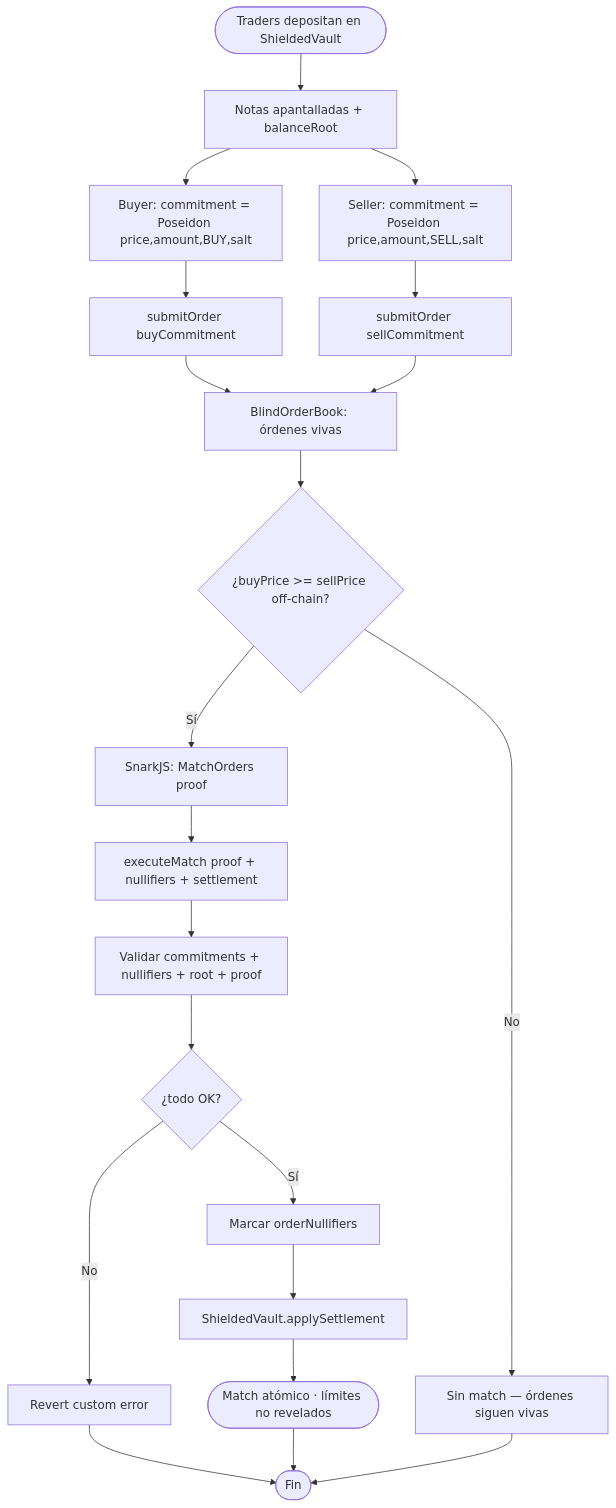
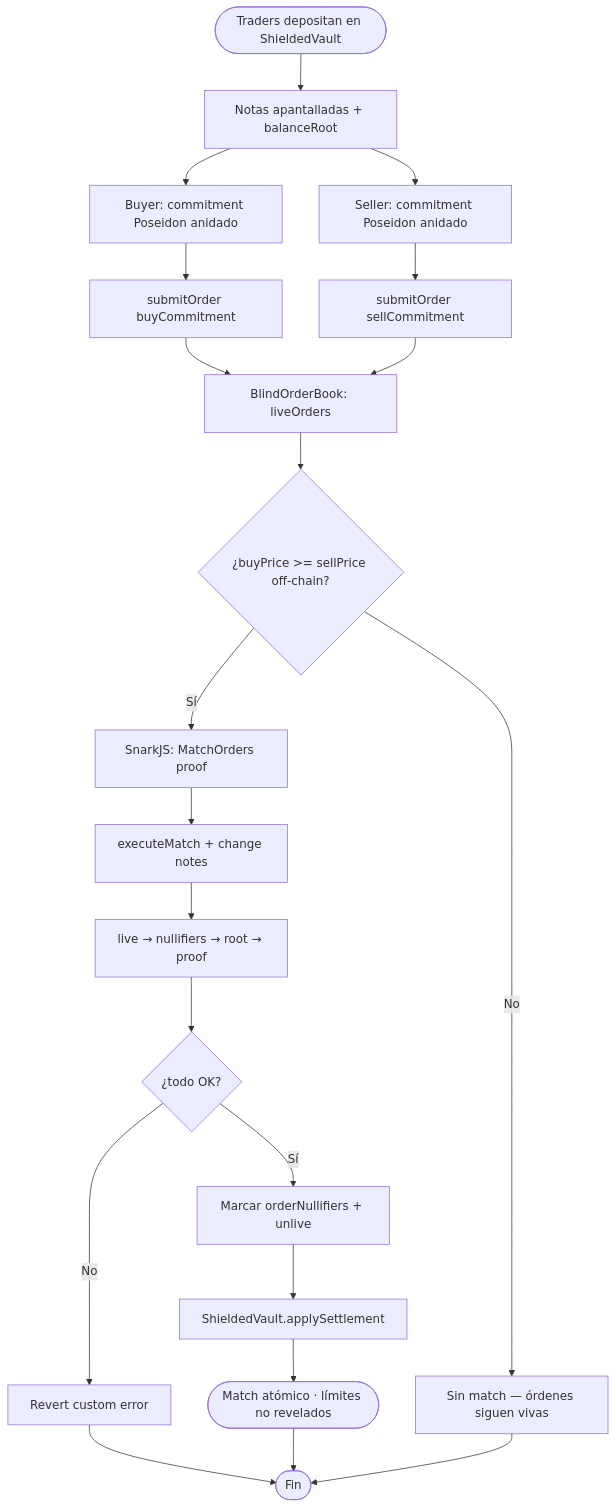
The second of 5 diagrams in doc/flujograma.md (rastrahm/zk-dark-pool), drawn with Mermaid before and after one commit. The commit also changed other lines of this file and 13 other files, not shown here.

````diff
--- a/doc/flujograma.md
+++ b/doc/flujograma.md
@@ -34,23 +40,23 @@
 ```mermaid
 flowchart TD
     Start([Traders depositan en ShieldedVault]) --> Notes[Notas apantalladas + balanceRoot]
-    Notes --> Buy[Buyer: commitment = Poseidon price,amount,BUY,salt]
-    Notes --> Sell[Seller: commitment = Poseidon price,amount,SELL,salt]
+    Notes --> Buy[Buyer: commitment Poseidon anidado]
+    Notes --> Sell[Seller: commitment Poseidon anidado]
     Buy --> SubB[submitOrder buyCommitment]
     Sell --> SubS[submitOrder sellCommitment]
-    SubB --> Book[BlindOrderBook: órdenes vivas]
+    SubB --> Book[BlindOrderBook: liveOrders]
     SubS --> Book
     Book --> Match{¿buyPrice >= sellPrice off-chain?}
     Match -->|No| Wait[Sin match — órdenes siguen vivas]
     Match -->|Sí| Prove[SnarkJS: MatchOrders proof]
-    Prove --> Exec[executeMatch proof + nullifiers + settlement]
-    Exec --> Val[Validar commitments + nullifiers + root + proof]
+    Prove --> Exec["executeMatch + change notes"]
+    Exec --> Val[live → nullifiers → root → proof]
     Val --> Auth{¿todo OK?}
     Auth -->|No| Fail[Revert custom error]
-    Auth -->|Sí| Mark[Marcar orderNullifiers]
+    Auth -->|Sí| Mark[Marcar orderNullifiers + unlive]
     Mark --> Settle[ShieldedVault.applySettlement]
     Settle --> Done([Match atómico · límites no revelados])
     Fail --> End([Fin])
     Done --> End
     Wait --> End
 ```
````
